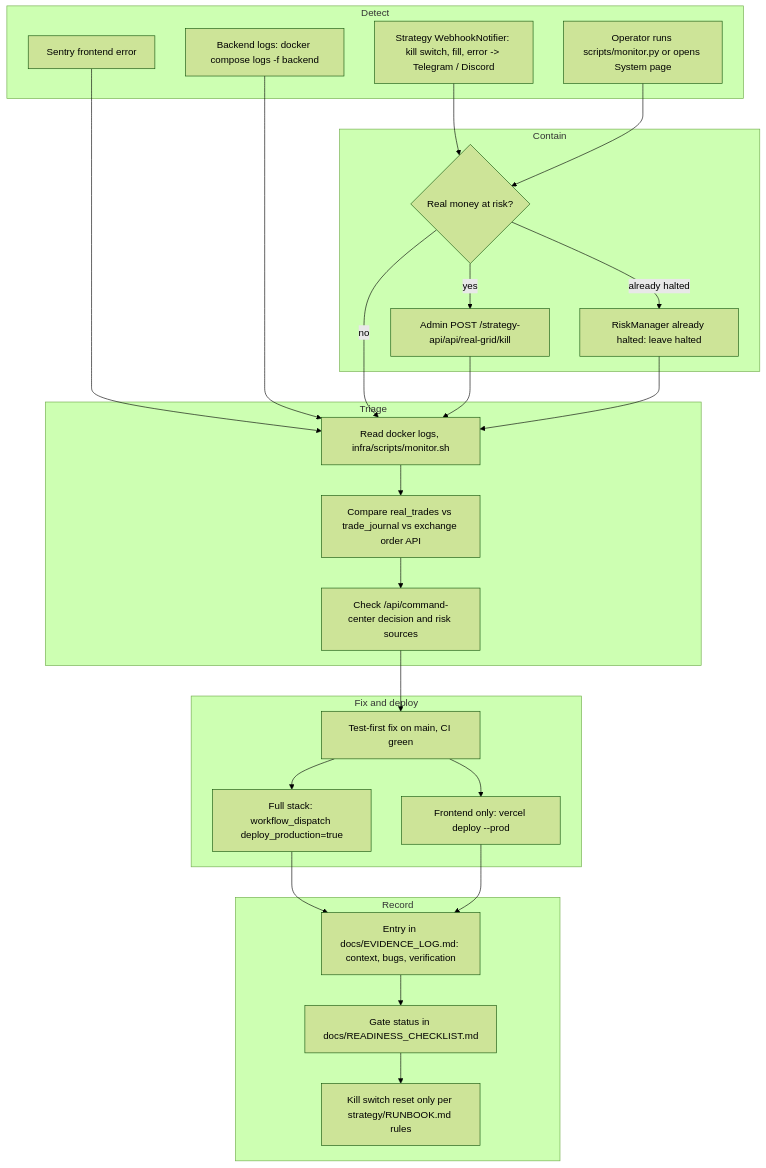
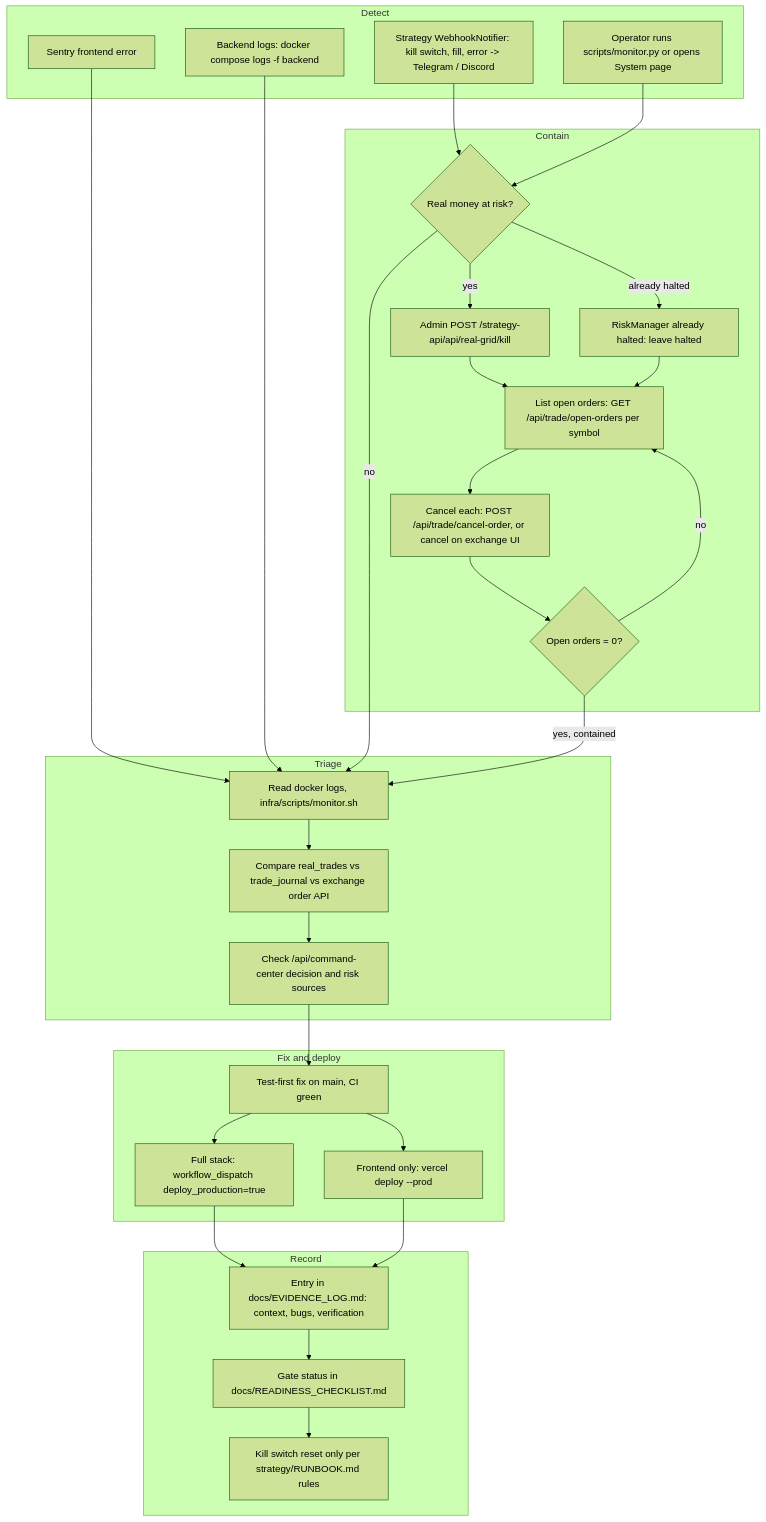
One commit to bookchaowalit-ai/finance-booktrading changed the diagram in docs/diagrams/21-incident-response.md. Above: the diagram before and after it, drawn with Mermaid (forest theme). The commit also changed other lines of this file and 4 other files, not shown here.

Commit message:
docs: correct kill-switch containment and risk-per-trade notes in diagram pack

````diff
--- a/docs/diagrams/21-incident-response.md
+++ b/docs/diagrams/21-incident-response.md
@@ -6,44 +6,50 @@
 ```mermaid
 flowchart TD
     subgraph Detect["Detect"]
         A1["Strategy WebhookNotifier: kill switch, fill, error -> Telegram / Discord"]
         A2["Sentry frontend error"]
         A3["Operator runs scripts/monitor.py or opens System page"]
         A4["Backend logs: docker compose logs -f backend"]
     end
     subgraph Contain["Contain"]
         C1{"Real money at risk?"}
         C2["Admin POST /strategy-api/api/real-grid/kill"]
         C3["RiskManager already halted: leave halted"]
+        C4["List open orders: GET /api/trade/open-orders per symbol"]
+        C5["Cancel each: POST /api/trade/cancel-order, or cancel on exchange UI"]
+        C6{"Open orders = 0?"}
     end
     subgraph Triage["Triage"]
         T1["Read docker logs, infra/scripts/monitor.sh"]
         T2["Compare real_trades vs trade_journal vs exchange order API"]
         T3["Check /api/command-center decision and risk sources"]
     end
     subgraph Fix["Fix and deploy"]
         F1["Test-first fix on main, CI green"]
         F2["Full stack: workflow_dispatch deploy_production=true"]
         F3["Frontend only: vercel deploy --prod"]
     end
     subgraph Learn["Record"]
         P1["Entry in docs/EVIDENCE_LOG.md: context, bugs, verification"]
         P2["Gate status in docs/READINESS_CHECKLIST.md"]
         P3["Kill switch reset only per strategy/RUNBOOK.md rules"]
     end
     A1 --> C1
     A2 --> T1
     A3 --> C1
     A4 --> T1
     C1 -->|"yes"| C2
     C1 -->|"already halted"| C3
     C1 -->|"no"| T1
-    C2 --> T1
-    C3 --> T1
+    C2 --> C4
+    C3 --> C4
+    C4 --> C5 --> C6
+    C6 -->|"no"| C4
+    C6 -->|"yes, contained"| T1
     T1 --> T2 --> T3 --> F1
     F1 --> F2
     F1 --> F3
     F2 --> P1
     F3 --> P1
     P1 --> P2 --> P3
 ```
````
